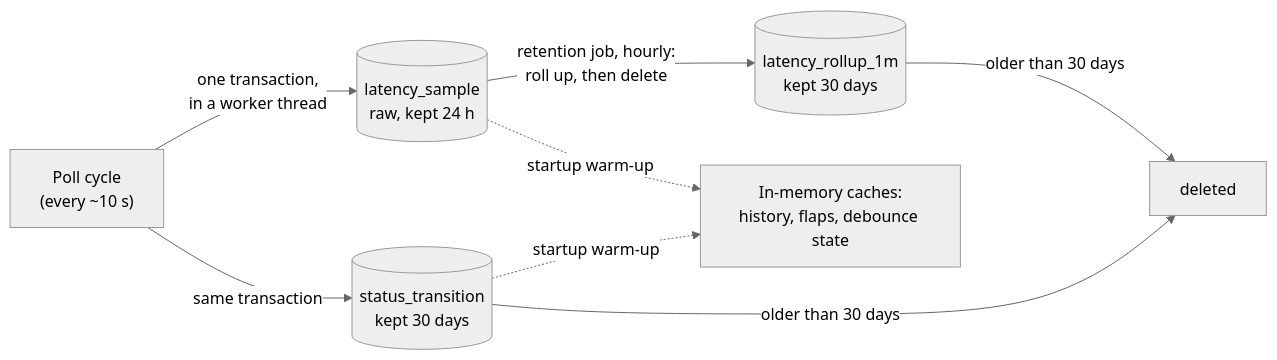
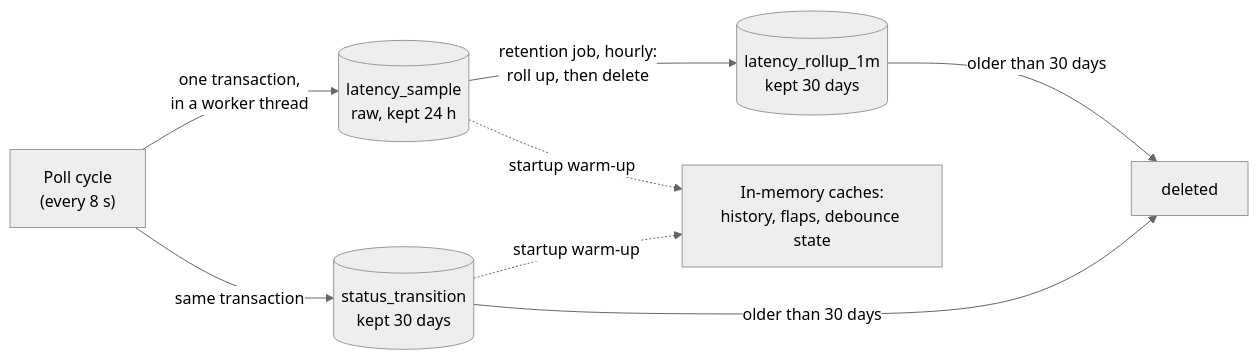
The third of 6 diagrams in docs/architecture.md (dumbL4d/network-analyser), drawn with Mermaid (neutral theme) before and after one commit. The commit also changed other lines of this file and 40 other files, not shown here.

````diff
--- a/docs/architecture.md
+++ b/docs/architecture.md
@@ -415,10 +435,10 @@
 ```mermaid
 flowchart LR
-    POLL["Poll cycle<br/>(every ~10 s)"] -- "one transaction,<br/>in a worker thread" --> RAW[("latency_sample<br/>raw, kept 24 h")]
+    POLL["Poll cycle<br/>(every 8 s)"] -- "one transaction,<br/>in a worker thread" --> RAW[("latency_sample<br/>raw, kept 24 h")]
     POLL -- "same transaction" --> TR[("status_transition<br/>kept 30 days")]
     RAW -- "retention job, hourly:<br/>roll up, then delete" --> ROLL[("latency_rollup_1m<br/>kept 30 days")]
     ROLL -- "older than 30 days" --> GONE["deleted"]
     TR -- "older than 30 days" --> GONE
     RAW -. "startup warm-up" .-> CACHE["In-memory caches:<br/>history, flaps, debounce state"]
     TR -. "startup warm-up" .-> CACHE
 ```
````
